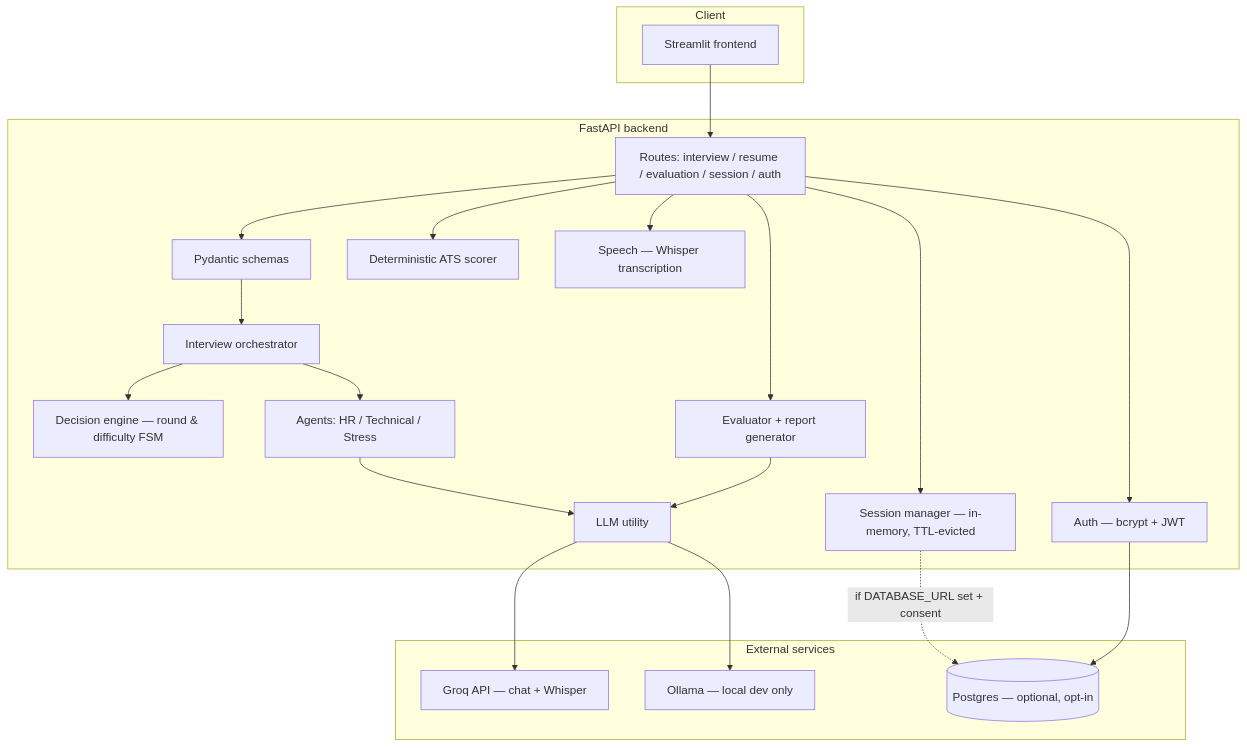
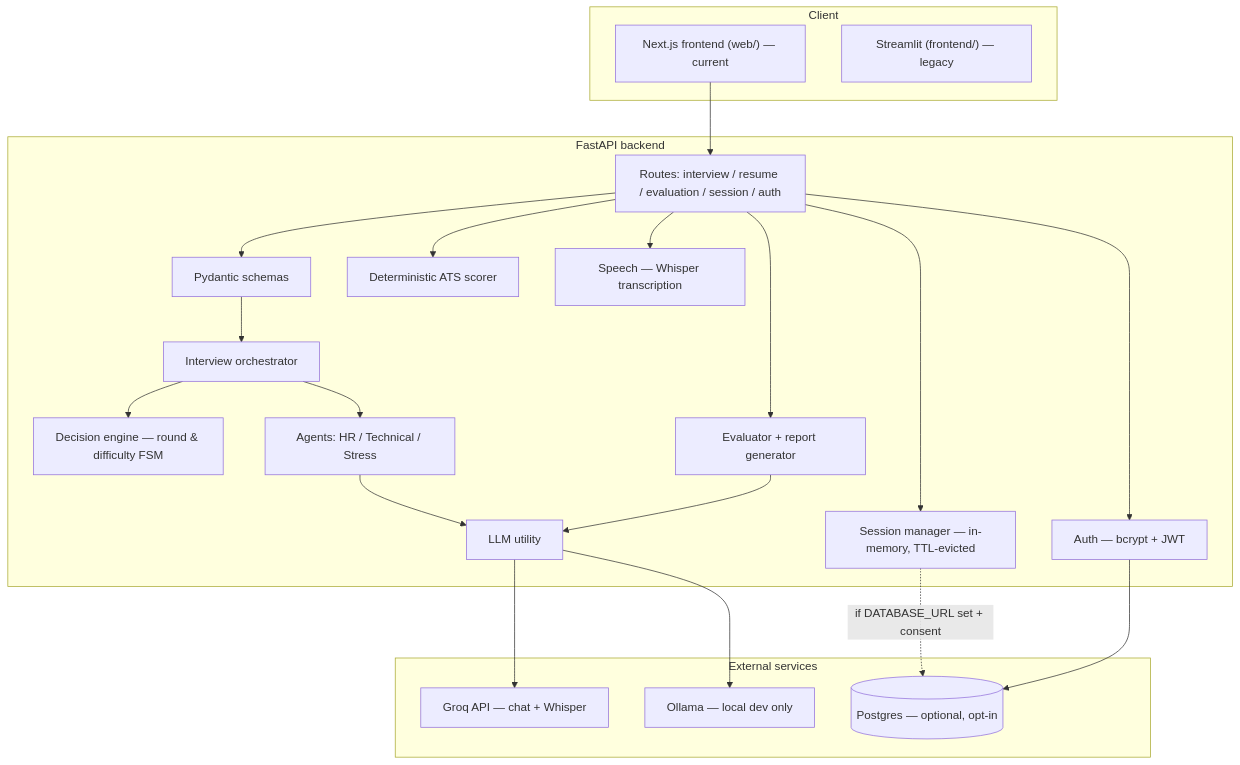
The diagram in README.md (BlackBeanEagles/ReflectAI-Inside-Your-Interview-Brain), drawn with Mermaid before and after one commit. The commit also changed other lines of this file, not shown here.

First line of the commit message:
Point the README at the frontend that is actually maintained

````diff
--- a/README.md
+++ b/README.md
@@ -28,38 +29,39 @@
 ```mermaid
 flowchart TB
   subgraph client [Client]
-    FE[Streamlit frontend]
+    FE["Next.js frontend (web/) — current"]
+    FE2["Streamlit (frontend/) — legacy"]
   end
   subgraph server [FastAPI backend]
     API[Routes: interview / resume / evaluation / session / auth]
     VAL[Pydantic schemas]
     ORCH[Interview orchestrator]
     DEC[Decision engine — round & difficulty FSM]
     AG[Agents: HR / Technical / Stress]
     EV[Evaluator + report generator]
     ATS[Deterministic ATS scorer]
     SESS[Session manager — in-memory, TTL-evicted]
     AUTH[Auth — bcrypt + JWT]
     SPEECH[Speech — Whisper transcription]
     API --> VAL --> ORCH
     API --> EV
     API --> SESS
     API --> ATS
     API --> AUTH
     API --> SPEECH
     ORCH --> DEC
     ORCH --> AG
     AG --> LLMUTIL[LLM utility]
     EV --> LLMUTIL
   end
   subgraph external [External services]
     GROQ[Groq API — chat + Whisper]
     OLL[Ollama — local dev only]
     PG[(Postgres — optional, opt-in)]
   end
   FE --> API
   LLMUTIL --> GROQ
   LLMUTIL --> OLL
   SESS -. "if DATABASE_URL set + consent" .-> PG
   AUTH --> PG
 ```
````
